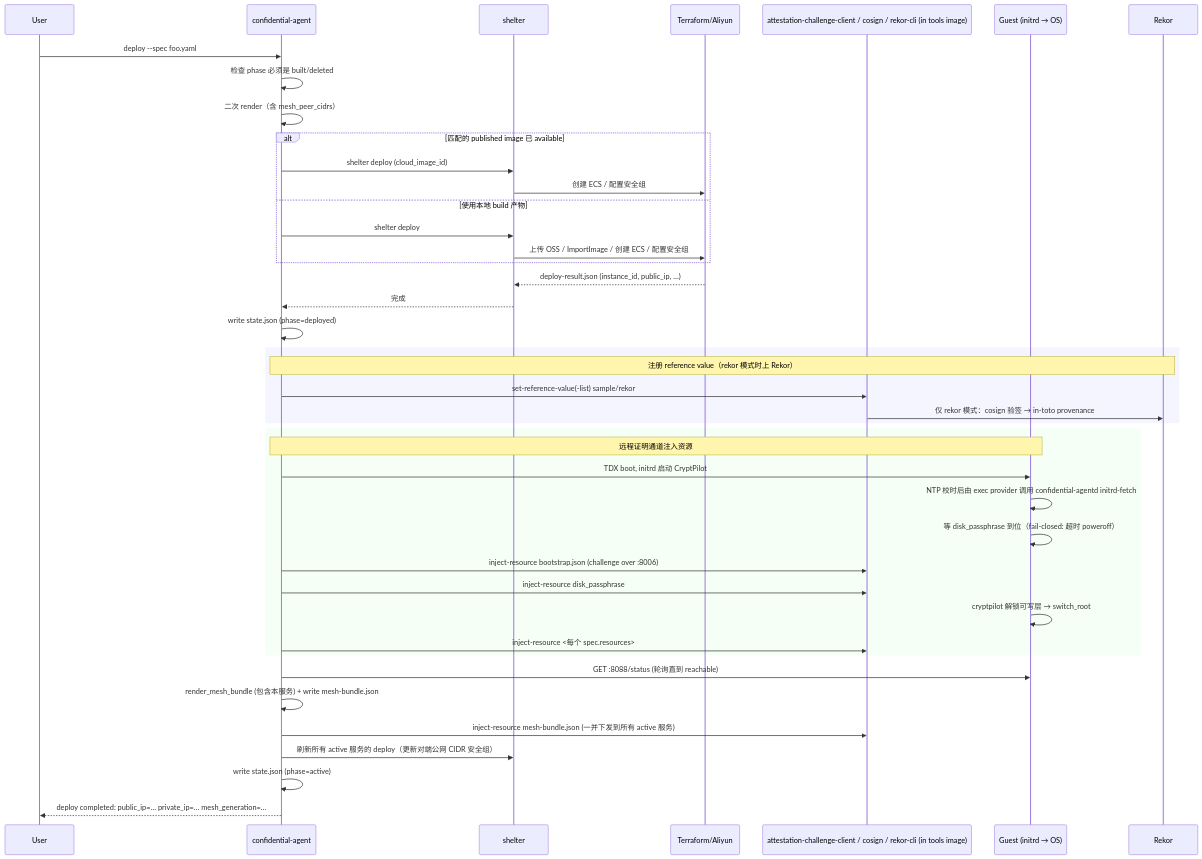
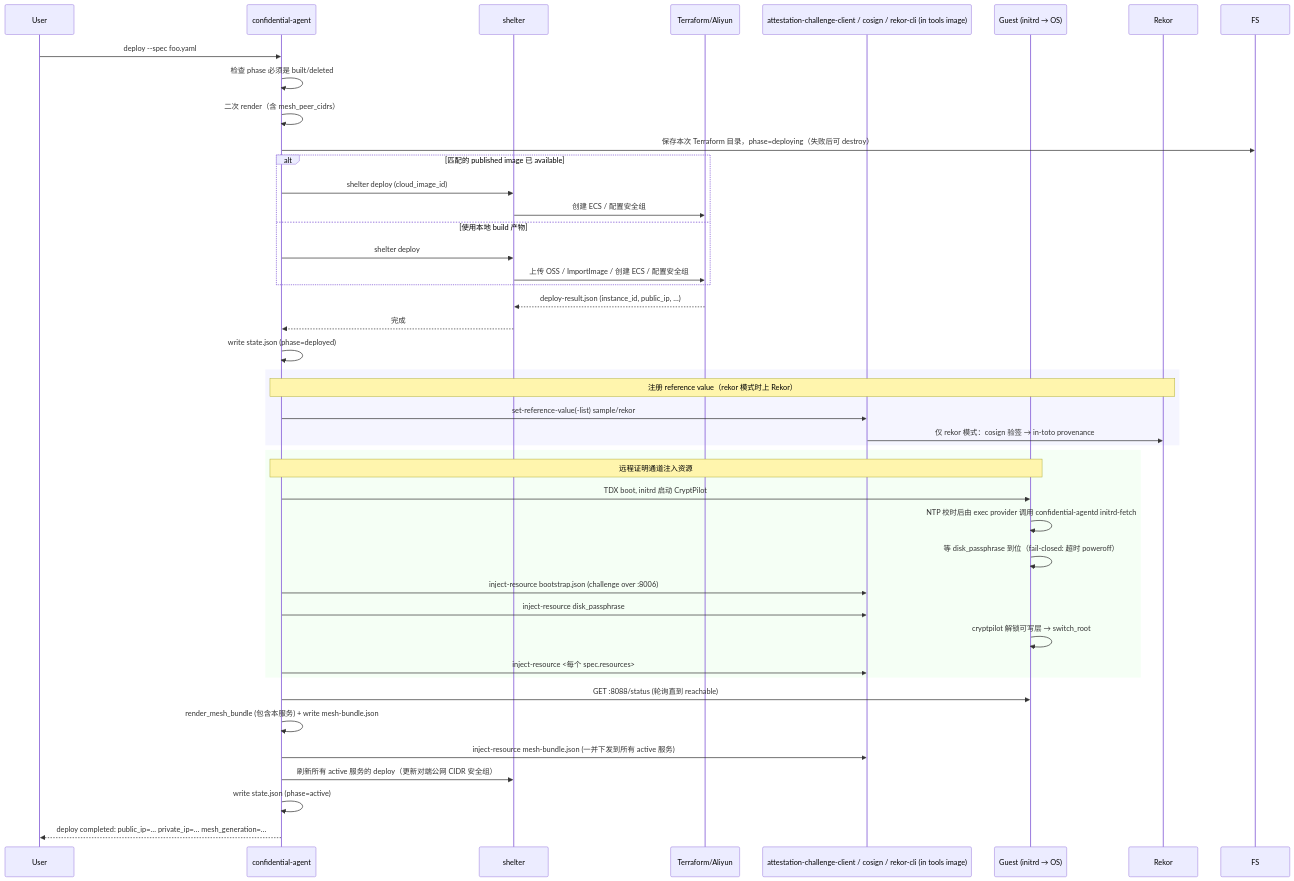
The fourth of 7 diagrams in docs/architecture.md (wdsun1008/confidential-agent), drawn with Mermaid before and after one commit. The commit also changed other lines of this file and 4 other files, not shown here.

````diff
--- a/docs/architecture.md
+++ b/docs/architecture.md
@@ -96,48 +96,49 @@
 ```mermaid
 sequenceDiagram
     participant U as User
     participant CLI as confidential-agent
     participant SHB as shelter
     participant TF as Terraform/Aliyun
     participant ACC as attestation-challenge-client / cosign / rekor-cli (in tools image)
     participant G as Guest (initrd → OS)
     participant Rekor as Rekor
 
     U->>CLI: deploy --spec foo.yaml
     CLI->>CLI: 检查 phase 必须是 built/deleted
     CLI->>CLI: 二次 render（含 mesh_peer_cidrs）
+    CLI->>FS: 保存本次 Terraform 目录，phase=deploying（失败后可 destroy）
     alt 匹配的 published image 已 available
         CLI->>SHB: shelter deploy (cloud_image_id)
         SHB->>TF: 创建 ECS / 配置安全组
     else 使用本地 build 产物
         CLI->>SHB: shelter deploy
         SHB->>TF: 上传 OSS / ImportImage / 创建 ECS / 配置安全组
     end
     TF-->>SHB: deploy-result.json (instance_id, public_ip, …)
     SHB-->>CLI: 完成
     CLI->>CLI: write state.json (phase=deployed)
 
     rect rgb(245,245,255)
     note over CLI,Rekor: 注册 reference value（rekor 模式时上 Rekor）
     CLI->>ACC: set-reference-value(-list) sample/rekor
     ACC->>Rekor: 仅 rekor 模式：cosign 验签 → in-toto provenance
     end
 
     rect rgb(245,255,245)
     note over CLI,G: 远程证明通道注入资源
     CLI->>G: TDX boot, initrd 启动 CryptPilot
     G->>G: NTP 校时后由 exec provider 调用 confidential-agentd initrd-fetch
     G->>G: 等 disk_passphrase 到位（fail-closed: 超时 poweroff）
     CLI->>ACC: inject-resource bootstrap.json (challenge over :8006)
     CLI->>ACC: inject-resource disk_passphrase
     G->>G: cryptpilot 解锁可写层 → switch_root
     CLI->>ACC: inject-resource <每个 spec.resources>
     end
 
     CLI->>G: GET :8088/status (轮询直到 reachable)
     CLI->>CLI: render_mesh_bundle (包含本服务) + write mesh-bundle.json
     CLI->>ACC: inject-resource mesh-bundle.json (一并下发到所有 active 服务)
     CLI->>SHB: 刷新所有 active 服务的 deploy（更新对端公网 CIDR 安全组）
     CLI->>CLI: write state.json (phase=active)
     CLI-->>U: deploy completed: public_ip=… private_ip=… mesh_generation=…
 ```
````
